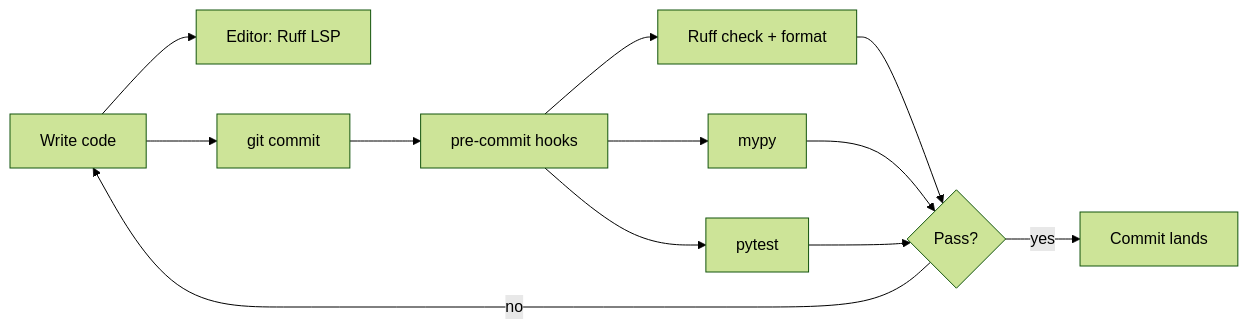
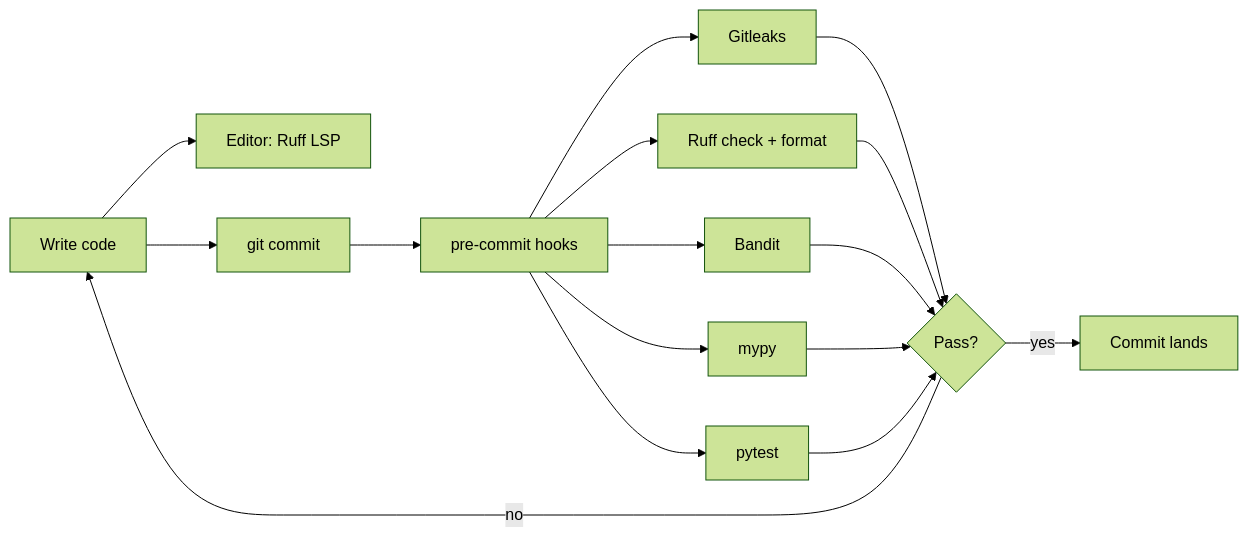
One commit to kurtc3b3/tech-learn changed the diagram in Concepts/Linting.md. Above: the diagram before and after it, drawn with Mermaid (forest theme). The commit also changed other lines of this file and 1 other file, not shown here.

First line of the commit message:
Document Gitleaks, Bandit, and isort pre-commit hooks in Linting notes.

````diff
--- a/Concepts/Linting.md
+++ b/Concepts/Linting.md
@@ -42,14 +45,18 @@
 ```mermaid
 flowchart LR
     DEV[Write code] --> EDITOR[Editor: Ruff LSP]
     DEV --> COMMIT[git commit]
     COMMIT --> PC[pre-commit hooks]
+    PC --> LEAK[Gitleaks]
     PC --> RUFF[Ruff check + format]
+    PC --> BAND[Bandit]
     PC --> MYPY[mypy]
     PC --> TEST[pytest]
-    RUFF --> OK{Pass?}
+    LEAK --> OK{Pass?}
+    RUFF --> OK
+    BAND --> OK
     MYPY --> OK
     TEST --> OK
     OK -->|yes| REPO[Commit lands]
     OK -->|no| DEV
 ```
````
